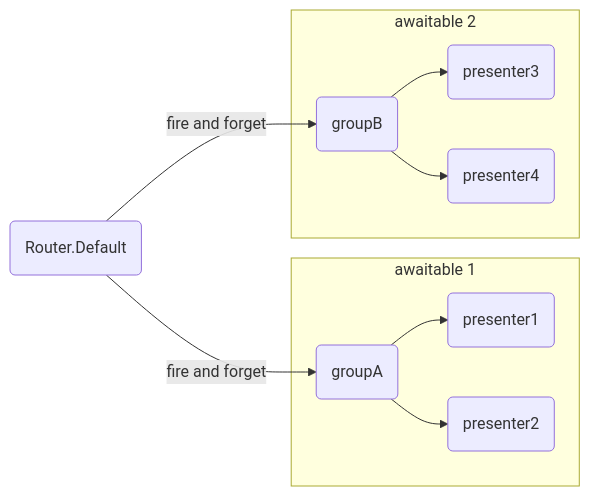
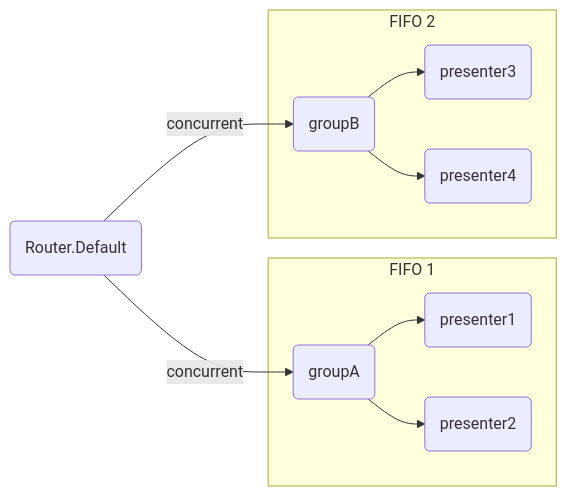
Before and after one commit to hadashiA/VitalRouter: the diagram in README.md, drawn with Mermaid. The commit also changed other lines of this file and 4 other files, not shown here.

````diff
--- a/README.md
+++ b/README.md
@@ -589,24 +592,24 @@
 ```mermaid
 flowchart LR
 
 Default(Router.Default)
 GroupA(groupA)
 GroupB(groupB)
 P1(presenter1)
 P2(presenter2)
 P3(presenter3)
 P4(presenter4)
 
-Default -->|fire and forget| GroupA
-Default -->|fire and forget| GroupB
+Default -->|concurrent| GroupA
+Default -->|concurrent| GroupB
 
-subgraph awaitable 1
+subgraph FIFO 1
   GroupA --> P1
   GroupA --> P2
 end
 
-subgraph awaitable 2
+subgraph FIFO 2
   GroupB --> P3
   GroupB --> P4
 end
 ```
````
